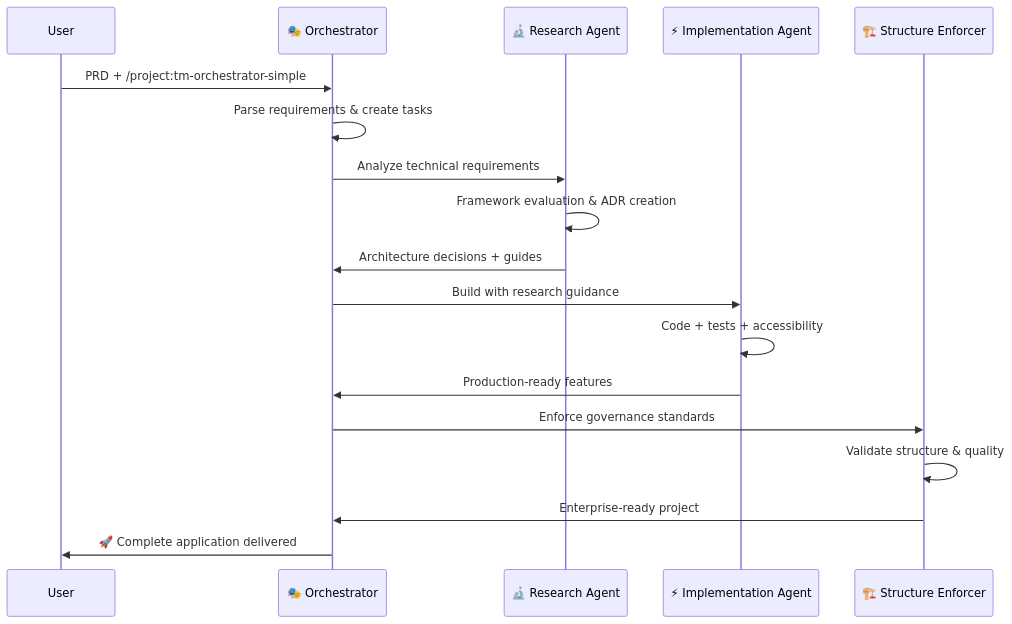
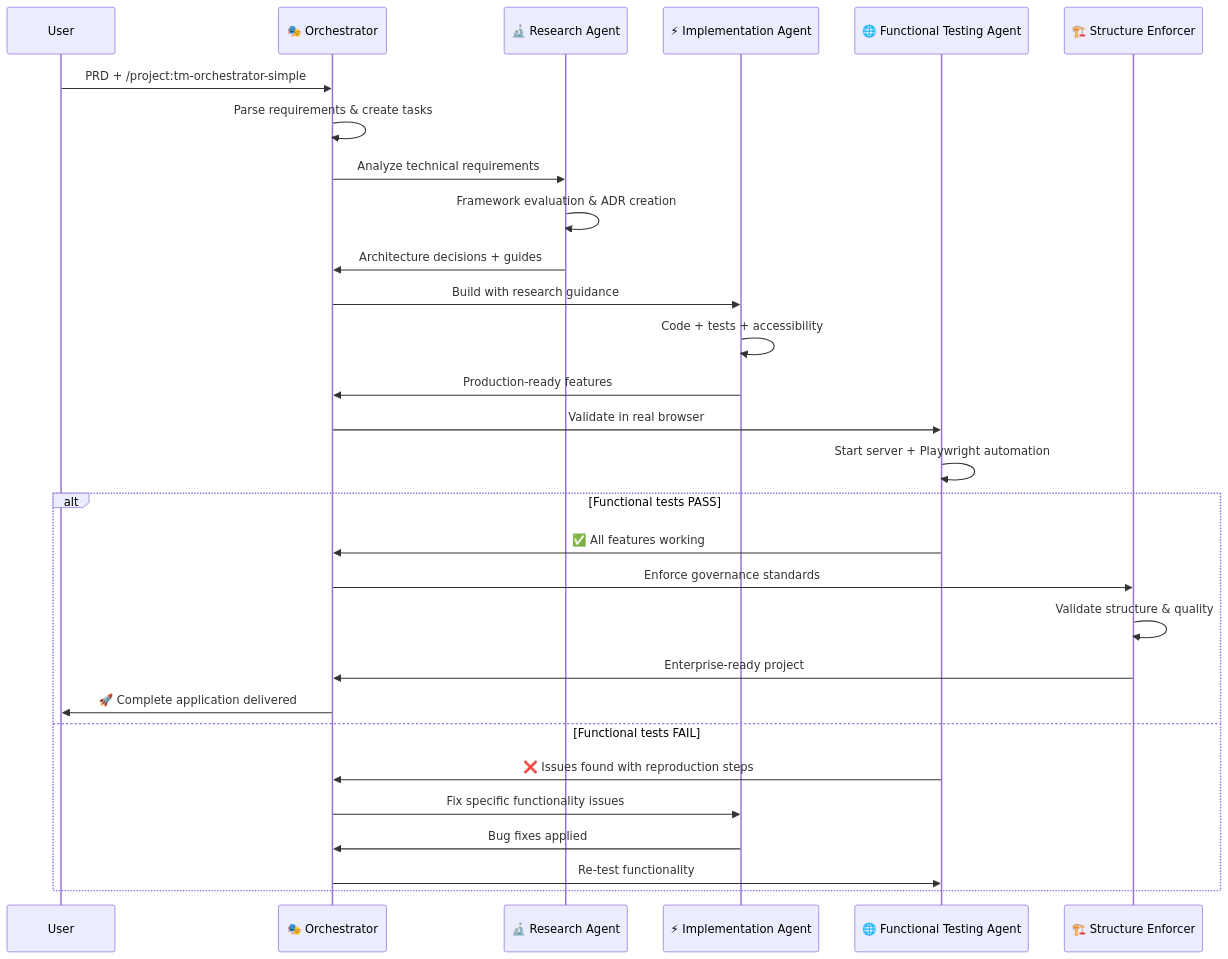
Before and after one commit to vanzan01/claude-code-sub-agent-collective: the second of 2 diagrams in README.md, drawn with Mermaid. The commit also changed other lines of this file, not shown here.

First line of the commit message:
feat: Update README with functional browser testing validation process

````diff
--- a/README.md
+++ b/README.md
@@ -270,25 +297,35 @@
 ```mermaid
 sequenceDiagram
     participant User
     participant Orchestrator as 🎭 Orchestrator
     participant Research as 🔬 Research Agent
     participant Implementation as ⚡ Implementation Agent
+    participant FuncTest as 🌐 Functional Testing Agent
     participant Structure as 🏗️ Structure Enforcer
     
     User->>Orchestrator: PRD + /project:tm-orchestrator-simple
     Orchestrator->>Orchestrator: Parse requirements & create tasks
     
     Orchestrator->>Research: Analyze technical requirements
     Research->>Research: Framework evaluation & ADR creation
     Research->>Orchestrator: Architecture decisions + guides
     
     Orchestrator->>Implementation: Build with research guidance
     Implementation->>Implementation: Code + tests + accessibility
     Implementation->>Orchestrator: Production-ready features
     
-    Orchestrator->>Structure: Enforce governance standards
-    Structure->>Structure: Validate structure & quality
-    Structure->>Orchestrator: Enterprise-ready project
-    
-    Orchestrator->>User: 🚀 Complete application delivered
+    Orchestrator->>FuncTest: Validate in real browser
+    FuncTest->>FuncTest: Start server + Playwright automation
+    alt Functional tests PASS
+        FuncTest->>Orchestrator: ✅ All features working
+        Orchestrator->>Structure: Enforce governance standards
+        Structure->>Structure: Validate structure & quality
+        Structure->>Orchestrator: Enterprise-ready project
+        Orchestrator->>User: 🚀 Complete application delivered
+    else Functional tests FAIL
+        FuncTest->>Orchestrator: ❌ Issues found with reproduction steps
+        Orchestrator->>Implementation: Fix specific functionality issues
+        Implementation->>Orchestrator: Bug fixes applied
+        Orchestrator->>FuncTest: Re-test functionality
+    end
 ```
````
